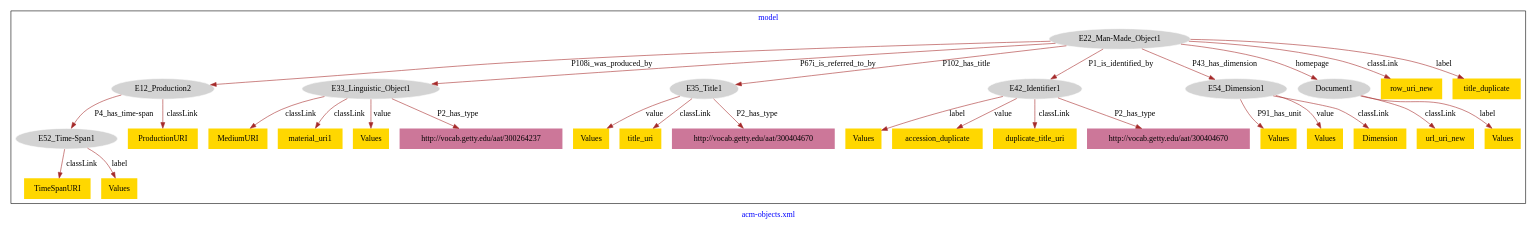
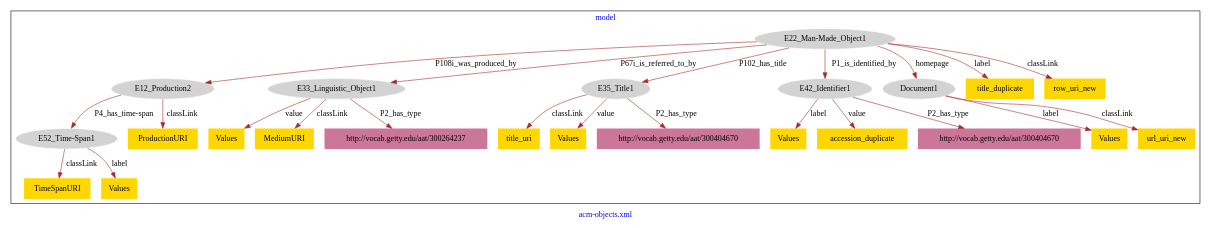
Before and after one commit to american-art/acm: the diagram in acm-objects/acm-objects-model.dot, drawn with Graphviz.

Commit message:
Update file acm-objects-model.dot

```diff
--- a/acm-objects/acm-objects-model.dot
+++ b/acm-objects/acm-objects-model.dot
@@ -1,65 +1,53 @@
 digraph n0 {
 fontcolor="blue"
 remincross="true"
 label="acm-objects.xml"
 subgraph cluster {
 label="model"
 n2[style="filled",color="white",fillcolor="lightgray",label="E12_Production2"];
 n3[style="filled",color="white",fillcolor="lightgray",label="E52_Time-Span1"];
 n4[style="filled",color="white",fillcolor="lightgray",label="E22_Man-Made_Object1"];
 n5[style="filled",color="white",fillcolor="lightgray",label="E33_Linguistic_Object1"];
 n6[style="filled",color="white",fillcolor="lightgray",label="E35_Title1"];
 n7[style="filled",color="white",fillcolor="lightgray",label="E42_Identifier1"];
-n8[style="filled",color="white",fillcolor="lightgray",label="E54_Dimension1"];
-n9[style="filled",color="white",fillcolor="lightgray",label="Document1"];
-n10[shape="plaintext",style="filled",fillcolor="gold",label="Values"];
-n11[shape="plaintext",style="filled",fillcolor="gold",label="row_uri_new"];
+n8[style="filled",color="white",fillcolor="lightgray",label="Document1"];
+n9[shape="plaintext",style="filled",fillcolor="gold",label="ProductionURI"];
+n10[shape="plaintext",style="filled",fillcolor="gold",label="title_duplicate"];
+n11[shape="plaintext",style="filled",fillcolor="gold",label="Values"];
 n12[shape="plaintext",style="filled",fillcolor="gold",label="title_uri"];
-n13[shape="plaintext",style="filled",fillcolor="gold",label="url_uri_new"];
-n14[shape="plaintext",style="filled",fillcolor="gold",label="MediumURI"];
-n15[shape="plaintext",style="filled",fillcolor="gold",label="material_uri1"];
+n13[shape="plaintext",style="filled",fillcolor="gold",label="TimeSpanURI"];
+n14[shape="plaintext",style="filled",fillcolor="gold",label="Values"];
+n15[shape="plaintext",style="filled",fillcolor="gold",label="Values"];
 n16[shape="plaintext",style="filled",fillcolor="gold",label="Values"];
-n17[shape="plaintext",style="filled",fillcolor="gold",label="ProductionURI"];
+n17[shape="plaintext",style="filled",fillcolor="gold",label="MediumURI"];
 n18[shape="plaintext",style="filled",fillcolor="gold",label="accession_duplicate"];
-n19[shape="plaintext",style="filled",fillcolor="gold",label="Values"];
-n20[shape="plaintext",style="filled",fillcolor="gold",label="TimeSpanURI"];
+n19[shape="plaintext",style="filled",fillcolor="gold",label="url_uri_new"];
+n20[shape="plaintext",style="filled",fillcolor="gold",label="row_uri_new"];
 n21[shape="plaintext",style="filled",fillcolor="gold",label="Values"];
-n22[shape="plaintext",style="filled",fillcolor="gold",label="Values"];
-n23[shape="plaintext",style="filled",fillcolor="gold",label="Values"];
-n24[shape="plaintext",style="filled",fillcolor="gold",label="Values"];
-n25[shape="plaintext",style="filled",fillcolor="gold",label="duplicate_title_uri"];
-n26[shape="plaintext",style="filled",fillcolor="gold",label="Dimension"];
-n27[shape="plaintext",style="filled",fillcolor="gold",label="title_duplicate"];
-n28[shape="plaintext",style="filled",fillcolor="#CC7799",label="http://vocab.getty.edu/aat/300404670"];
-n29[shape="plaintext",style="filled",fillcolor="#CC7799",label="http://vocab.getty.edu/aat/300404670"];
-n30[shape="plaintext",style="filled",fillcolor="#CC7799",label="http://vocab.getty.edu/aat/300264237"];
+n22[shape="plaintext",style="filled",fillcolor="#CC7799",label="http://vocab.getty.edu/aat/300404670"];
+n23[shape="plaintext",style="filled",fillcolor="#CC7799",label="http://vocab.getty.edu/aat/300264237"];
+n24[shape="plaintext",style="filled",fillcolor="#CC7799",label="http://vocab.getty.edu/aat/300404670"];
 }
 n2 -> n3[color="brown",fontcolor="black",label="P4_has_time-span"]
 n4 -> n2[color="brown",fontcolor="black",label="P108i_was_produced_by"]
 n4 -> n5[color="brown",fontcolor="black",label="P67i_is_referred_to_by"]
 n4 -> n6[color="brown",fontcolor="black",label="P102_has_title"]
 n4 -> n7[color="brown",fontcolor="black",label="P1_is_identified_by"]
-n4 -> n8[color="brown",fontcolor="black",label="P43_has_dimension"]
-n4 -> n9[color="brown",fontcolor="black",label="homepage"]
-n6 -> n10[color="brown",fontcolor="black",label="value"]
-n4 -> n11[color="brown",fontcolor="black",label="classLink"]
+n4 -> n8[color="brown",fontcolor="black",label="homepage"]
+n2 -> n9[color="brown",fontcolor="black",label="classLink"]
+n4 -> n10[color="brown",fontcolor="black",label="label"]
+n5 -> n11[color="brown",fontcolor="black",label="value"]
 n6 -> n12[color="brown",fontcolor="black",label="classLink"]
-n9 -> n13[color="brown",fontcolor="black",label="classLink"]
-n5 -> n14[color="brown",fontcolor="black",label="classLink"]
-n5 -> n15[color="brown",fontcolor="black",label="classLink"]
-n7 -> n16[color="brown",fontcolor="black",label="label"]
-n2 -> n17[color="brown",fontcolor="black",label="classLink"]
+n3 -> n13[color="brown",fontcolor="black",label="classLink"]
+n3 -> n14[color="brown",fontcolor="black",label="label"]
+n7 -> n15[color="brown",fontcolor="black",label="label"]
+n8 -> n16[color="brown",fontcolor="black",label="label"]
+n5 -> n17[color="brown",fontcolor="black",label="classLink"]
 n7 -> n18[color="brown",fontcolor="black",label="value"]
-n9 -> n19[color="brown",fontcolor="black",label="label"]
-n3 -> n20[color="brown",fontcolor="black",label="classLink"]
-n5 -> n21[color="brown",fontcolor="black",label="value"]
-n8 -> n22[color="brown",fontcolor="black",label="P91_has_unit"]
-n8 -> n23[color="brown",fontcolor="black",label="value"]
-n3 -> n24[color="brown",fontcolor="black",label="label"]
-n7 -> n25[color="brown",fontcolor="black",label="classLink"]
-n8 -> n26[color="brown",fontcolor="black",label="classLink"]
-n4 -> n27[color="brown",fontcolor="black",label="label"]
-n6 -> n28[color="brown",fontcolor="black",label="P2_has_type"]
-n7 -> n29[color="brown",fontcolor="black",label="P2_has_type"]
-n5 -> n30[color="brown",fontcolor="black",label="P2_has_type"]
+n8 -> n19[color="brown",fontcolor="black",label="classLink"]
+n4 -> n20[color="brown",fontcolor="black",label="classLink"]
+n6 -> n21[color="brown",fontcolor="black",label="value"]
+n6 -> n22[color="brown",fontcolor="black",label="P2_has_type"]
+n5 -> n23[color="brown",fontcolor="black",label="P2_has_type"]
+n7 -> n24[color="brown",fontcolor="black",label="P2_has_type"]
 }
```
